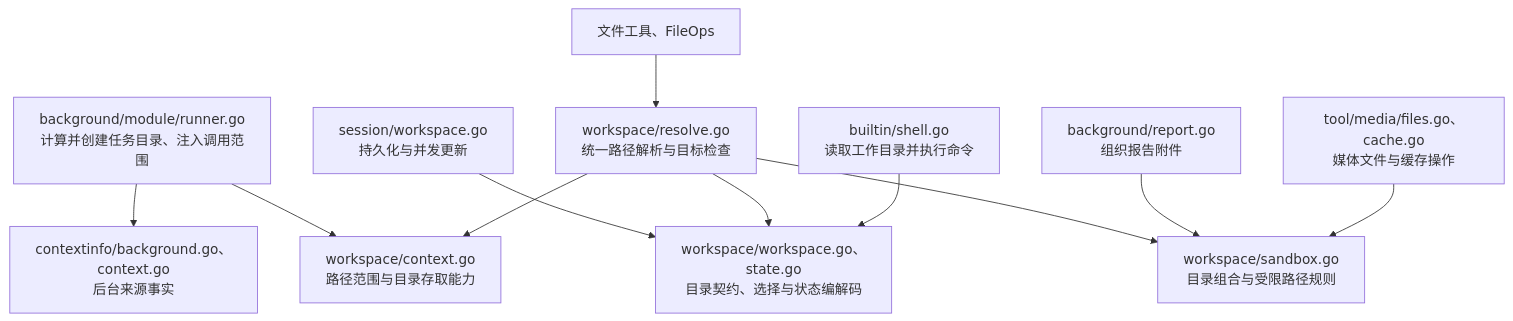
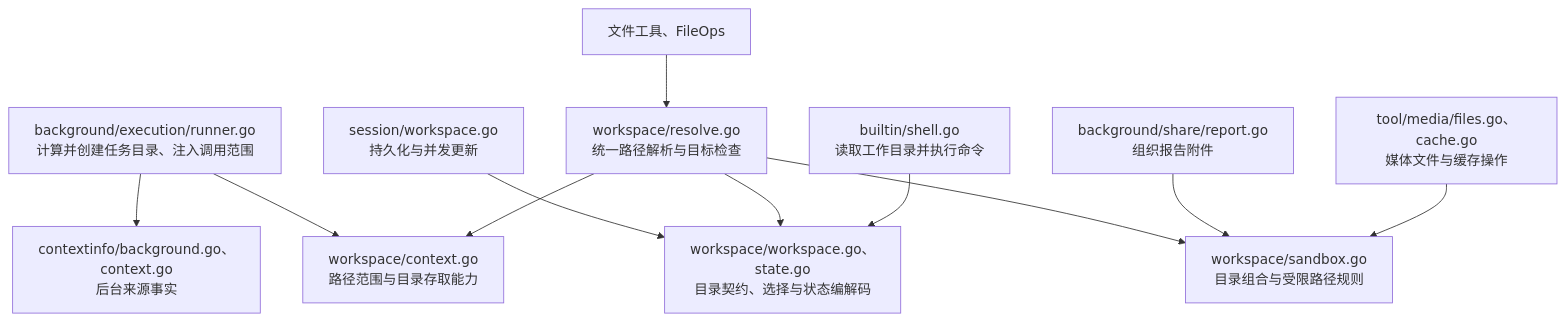
Before and after one commit to Elflare/elbot: the second of 15 diagrams in devdocs/architecture.md, drawn with Mermaid. The commit also changed other lines of this file and 103 other files, not shown here.

````diff
--- a/devdocs/architecture.md
+++ b/devdocs/architecture.md
@@ -67,13 +67,13 @@
 ```mermaid
 flowchart TD
-    B["background/module/runner.go<br/>计算并创建任务目录、注入调用范围"] --> C["workspace/context.go<br/>路径范围与目录存取能力"]
+    B["background/execution/runner.go<br/>计算并创建任务目录、注入调用范围"] --> C["workspace/context.go<br/>路径范围与目录存取能力"]
     B --> F["contextinfo/background.go、context.go<br/>后台来源事实"]
     S["session/workspace.go<br/>持久化与并发更新"] --> W["workspace/workspace.go、state.go<br/>目录契约、选择与状态编解码"]
     R["workspace/resolve.go<br/>统一路径解析与目标检查"] --> C
     R --> W
     R --> P["workspace/sandbox.go<br/>目录组合与受限路径规则"]
     T["文件工具、FileOps"] --> R
     SH["builtin/shell.go<br/>读取工作目录并执行命令"] --> W
-    O["background/report.go<br/>组织报告附件"] --> P
+    O["background/share/report.go<br/>组织报告附件"] --> P
     M["tool/media/files.go、cache.go<br/>媒体文件与缓存操作"] --> P
 ```
````
